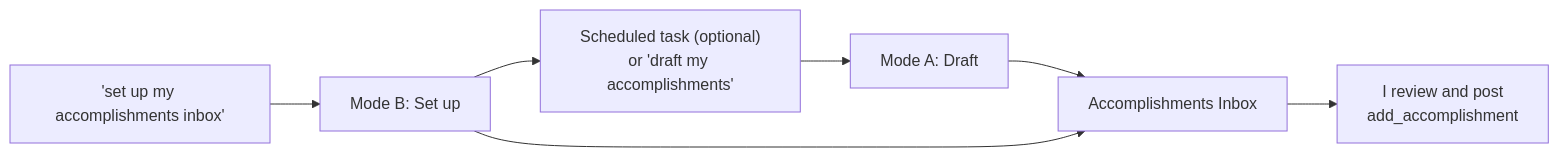
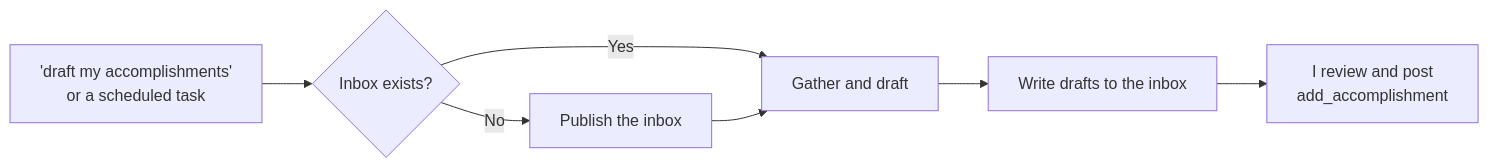
Before and after one commit to jlawcordova/jlawcordova-atproto: the diagram in .claude/skills/accomplishments-inbox/README.md, drawn with Mermaid. The commit also changed other lines of this file and 2 other files, not shown here.

First line of the commit message:
Limit the accomplishments-inbox skill to drafting

````diff
--- a/.claude/skills/accomplishments-inbox/README.md
+++ b/.claude/skills/accomplishments-inbox/README.md
@@ -25,9 +25,9 @@
 ```mermaid
 flowchart LR
-    Task["Scheduled task (optional)<br/>or 'draft my accomplishments'"] --> A["Mode A: Draft"]
-    A --> Inbox["Accomplishments Inbox"]
-    Inbox --> Post["I review and post<br/>add_accomplishment"]
-    Setup["'set up my accomplishments inbox'"] --> B["Mode B: Set up"]
-    B --> Inbox
-    B --> Task
+    Ask["'draft my accomplishments'<br/>or a scheduled task"] --> Inbox{"Inbox exists?"}
+    Inbox -- No --> Publish["Publish the inbox"]
+    Inbox -- Yes --> Draft["Gather and draft"]
+    Publish --> Draft
+    Draft --> Write["Write drafts to the inbox"]
+    Write --> Post["I review and post<br/>add_accomplishment"]
 ```
````
